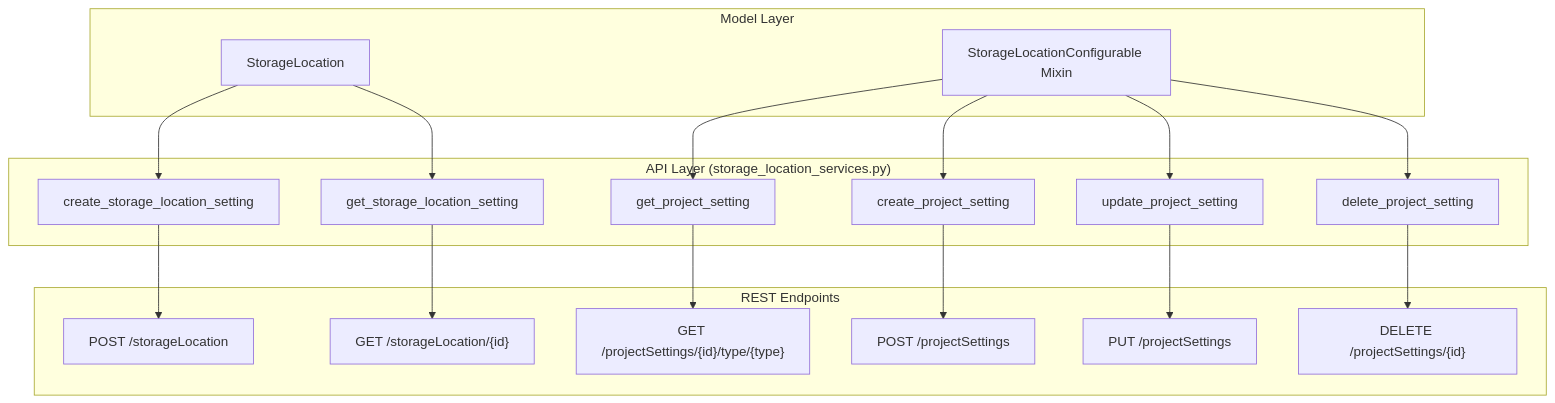
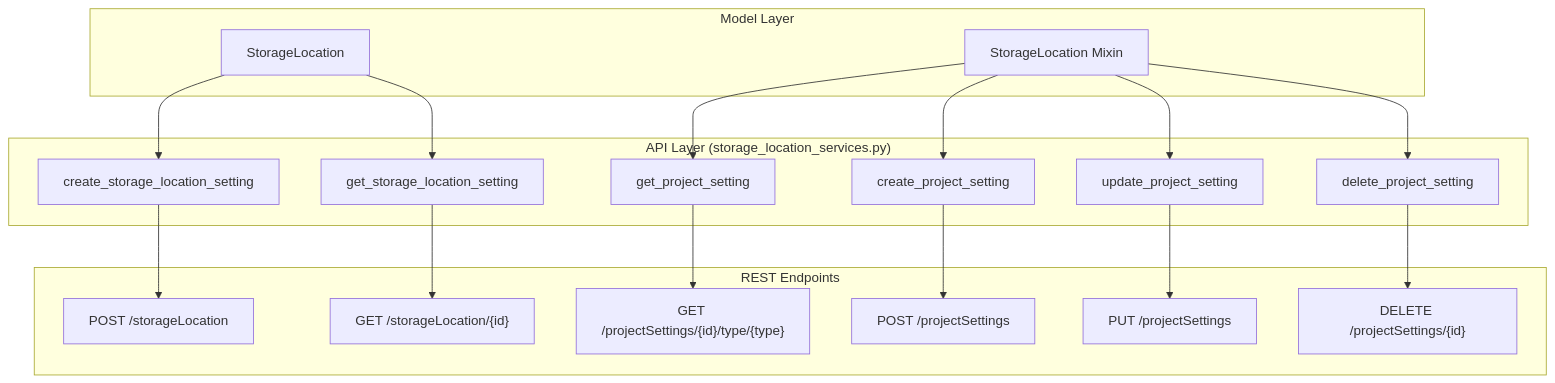
The ninth of 11 diagrams in docs/explanations/storage_location_architecture.md (Sage-Bionetworks/synapsePythonClient), drawn with Mermaid before and after one commit. The commit also changed other lines of this file, not shown here.

````diff
--- a/docs/explanations/storage_location_architecture.md
+++ b/docs/explanations/storage_location_architecture.md
@@ -592,33 +605,33 @@
 ```mermaid
 flowchart TB
     subgraph "Model Layer"
         SL[StorageLocation]
-        SLCM[StorageLocationConfigurable Mixin]
+        SLCM[StorageLocation Mixin]
     end
 
     subgraph "API Layer (storage_location_services.py)"
         create_sls[create_storage_location_setting]
         get_sls[get_storage_location_setting]
         get_ps[get_project_setting]
         create_ps[create_project_setting]
         update_ps[update_project_setting]
         delete_ps[delete_project_setting]
     end
 
     subgraph "REST Endpoints"
         POST_SL["POST /storageLocation"]
         GET_SL["GET /storageLocation/{id}"]
         GET_PS["GET /projectSettings/{id}/type/{type}"]
         POST_PS["POST /projectSettings"]
         PUT_PS["PUT /projectSettings"]
         DELETE_PS["DELETE /projectSettings/{id}"]
     end
 
     SL --> create_sls --> POST_SL
     SL --> get_sls --> GET_SL
 
     SLCM --> get_ps --> GET_PS
     SLCM --> create_ps --> POST_PS
     SLCM --> update_ps --> PUT_PS
     SLCM --> delete_ps --> DELETE_PS
 ```
````
